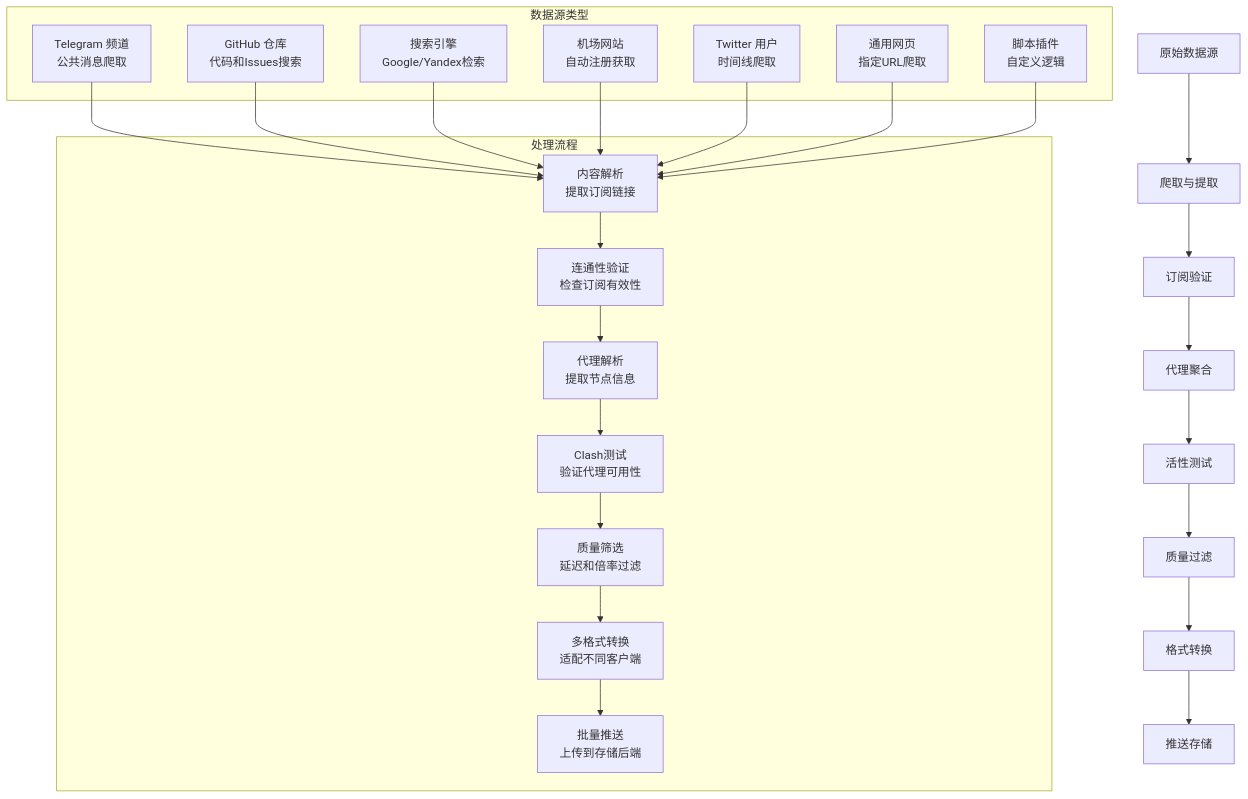
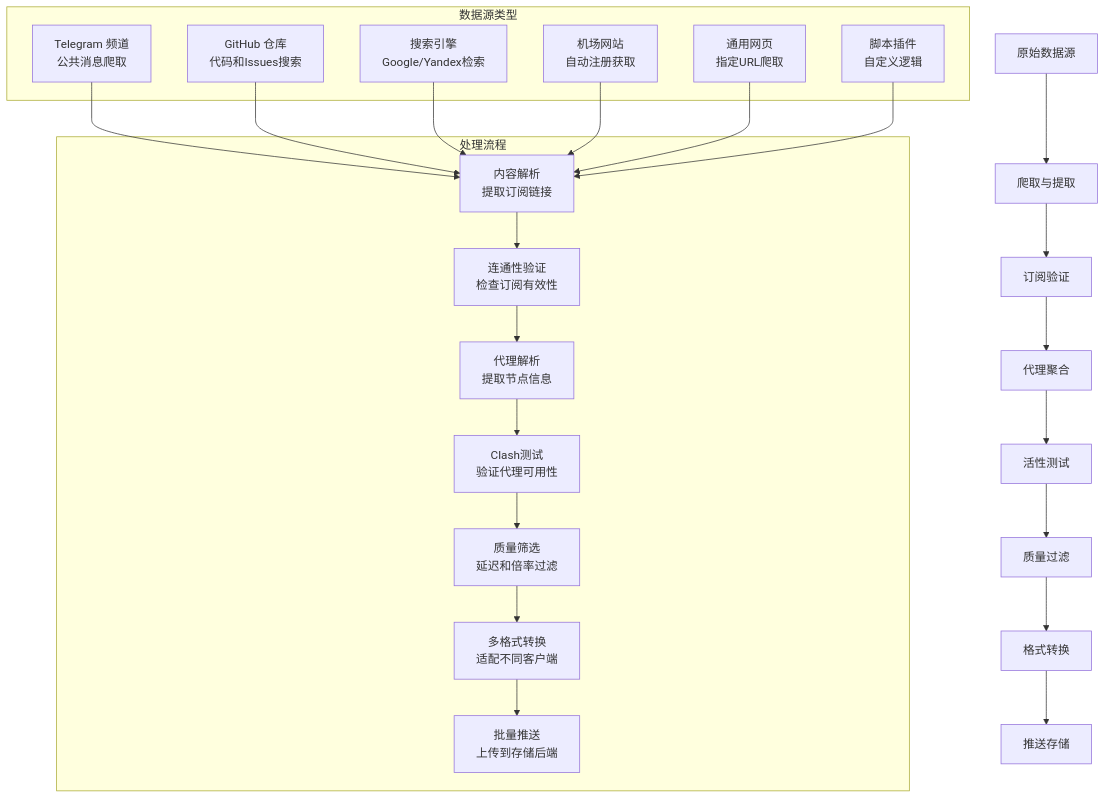
One commit to AstBt/aggregator-web changed the second of 6 diagrams in README_CN.md. Above: the diagram before and after it, drawn with Mermaid. The commit also changed other lines of this file and 3 other files, not shown here.

````diff
--- a/README_CN.md
+++ b/README_CN.md
@@ -93,45 +93,43 @@
 ```mermaid
 flowchart TD
     A[原始数据源] --> B[爬取与提取]
     B --> C[订阅验证]
     C --> D[代理聚合]
     D --> E[活性测试]
     E --> F[质量过滤]
     F --> G[格式转换]
     G --> H[推送存储]
     
     subgraph Sources [数据源类型]
         A1[Telegram 频道<br/>公共消息爬取]
         A2[GitHub 仓库<br/>代码和Issues搜索]
         A3[搜索引擎<br/>Google/Yandex检索]
         A4[机场网站<br/>自动注册获取]
-        A5[Twitter 用户<br/>时间线爬取]
         A6[通用网页<br/>指定URL爬取]
         A7[脚本插件<br/>自定义逻辑]
     end
     
     subgraph Processing [处理流程]
         B1[内容解析<br/>提取订阅链接]
         C1[连通性验证<br/>检查订阅有效性]
         D1[代理解析<br/>提取节点信息]
         E1[Clash测试<br/>验证代理可用性]
         F1[质量筛选<br/>延迟和倍率过滤]
         G1[多格式转换<br/>适配不同客户端]
         H1[批量推送<br/>上传到存储后端]
     end
     
     A1 --> B1
     A2 --> B1
     A3 --> B1
     A4 --> B1
-    A5 --> B1
     A6 --> B1
     A7 --> B1
     
     B1 --> C1
     C1 --> D1
     D1 --> E1
     E1 --> F1
     F1 --> G1
     G1 --> H1
 ```
````
